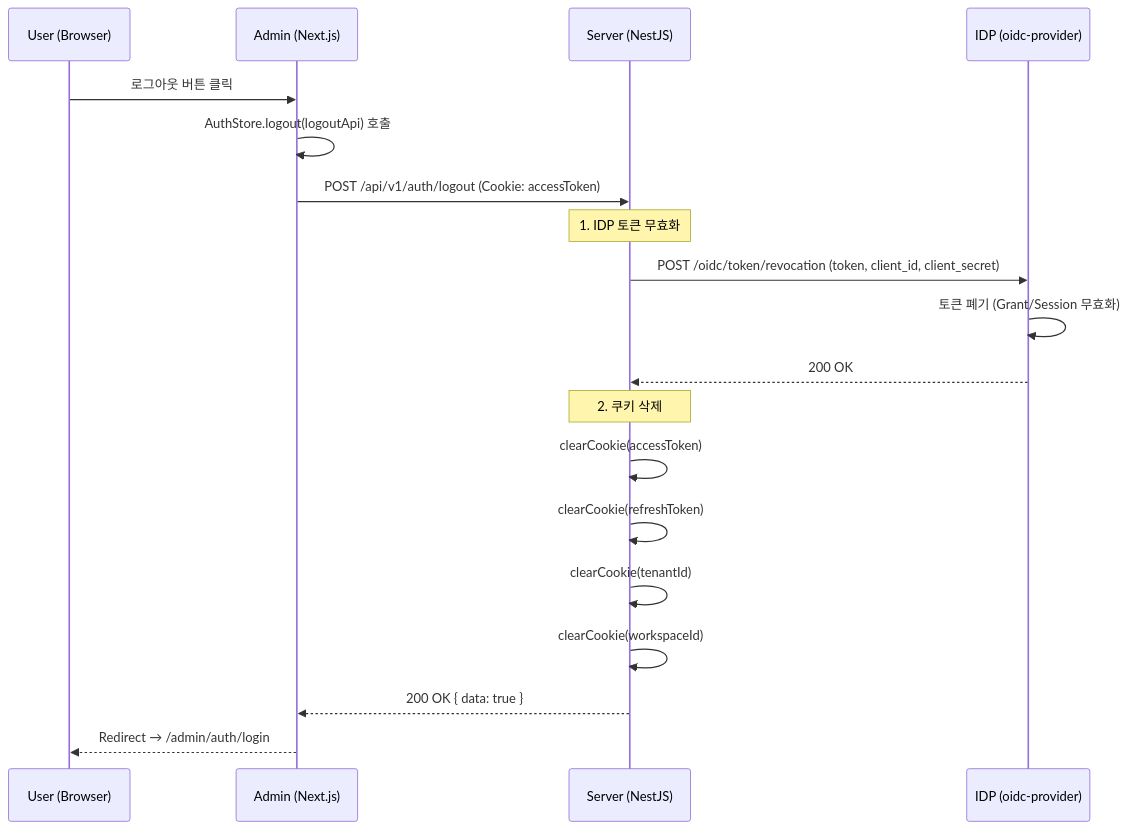
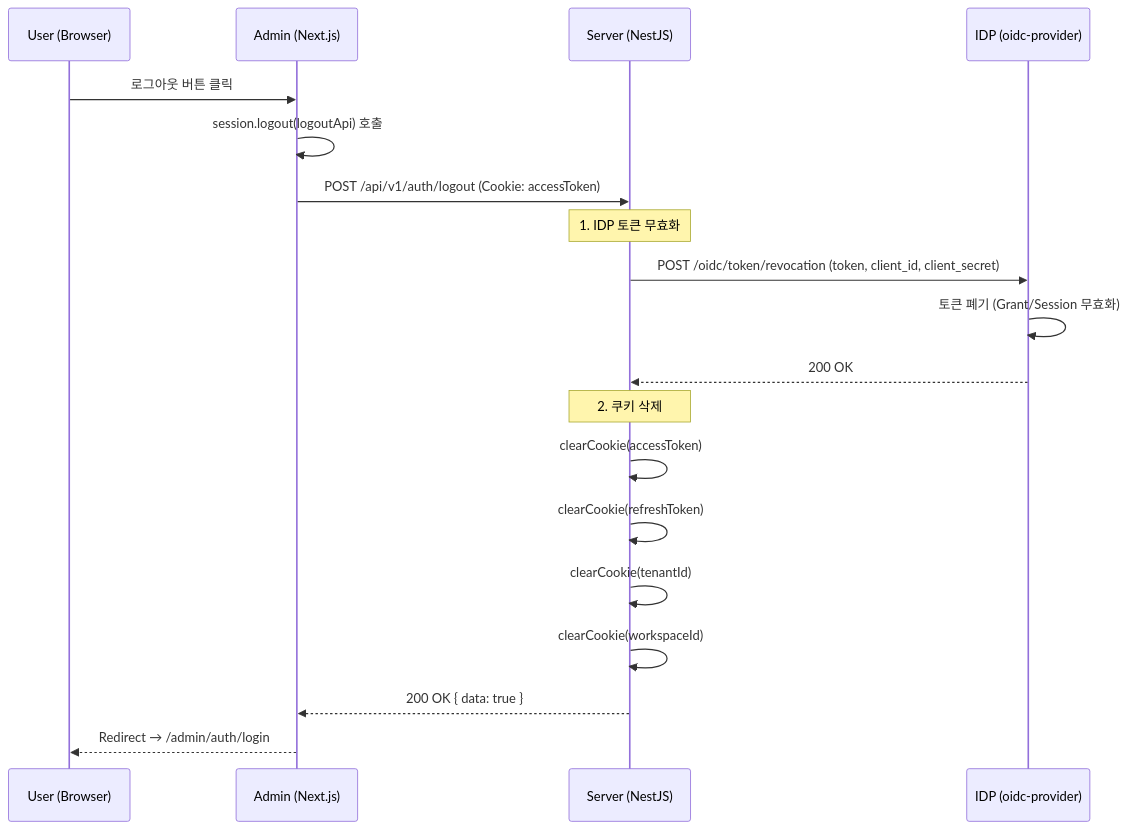
Before and after one commit to kimjoongwon/prj-core: the fourth of 5 diagrams in packages/be-common/_spec/auth-security/oidc-auth-flow.md, drawn with Mermaid. The commit also changed other lines of this file and 1126 other files, not shown here.

````diff
--- a/packages/be-common/_spec/auth-security/oidc-auth-flow.md
+++ b/packages/be-common/_spec/auth-security/oidc-auth-flow.md
@@ -215,27 +215,27 @@
 ```mermaid
 sequenceDiagram
     participant U as User (Browser)
     participant A as Admin (Next.js)
     participant S as Server (NestJS)
     participant I as IDP (oidc-provider)
 
     U->>A: 로그아웃 버튼 클릭
-    A->>A: AuthStore.logout(logoutApi) 호출
+    A->>A: session.logout(logoutApi) 호출
 
     A->>S: POST /api/v1/auth/logout (Cookie: accessToken)
 
     Note over S: 1. IDP 토큰 무효화
     S->>I: POST /oidc/token/revocation (token, client_id, client_secret)
     I->>I: 토큰 폐기 (Grant/Session 무효화)
     I-->>S: 200 OK
 
     Note over S: 2. 쿠키 삭제
     S->>S: clearCookie(accessToken)
     S->>S: clearCookie(refreshToken)
     S->>S: clearCookie(tenantId)
     S->>S: clearCookie(workspaceId)
 
     S-->>A: 200 OK { data: true }
 
     A-->>U: Redirect → /admin/auth/login
 ```
````
